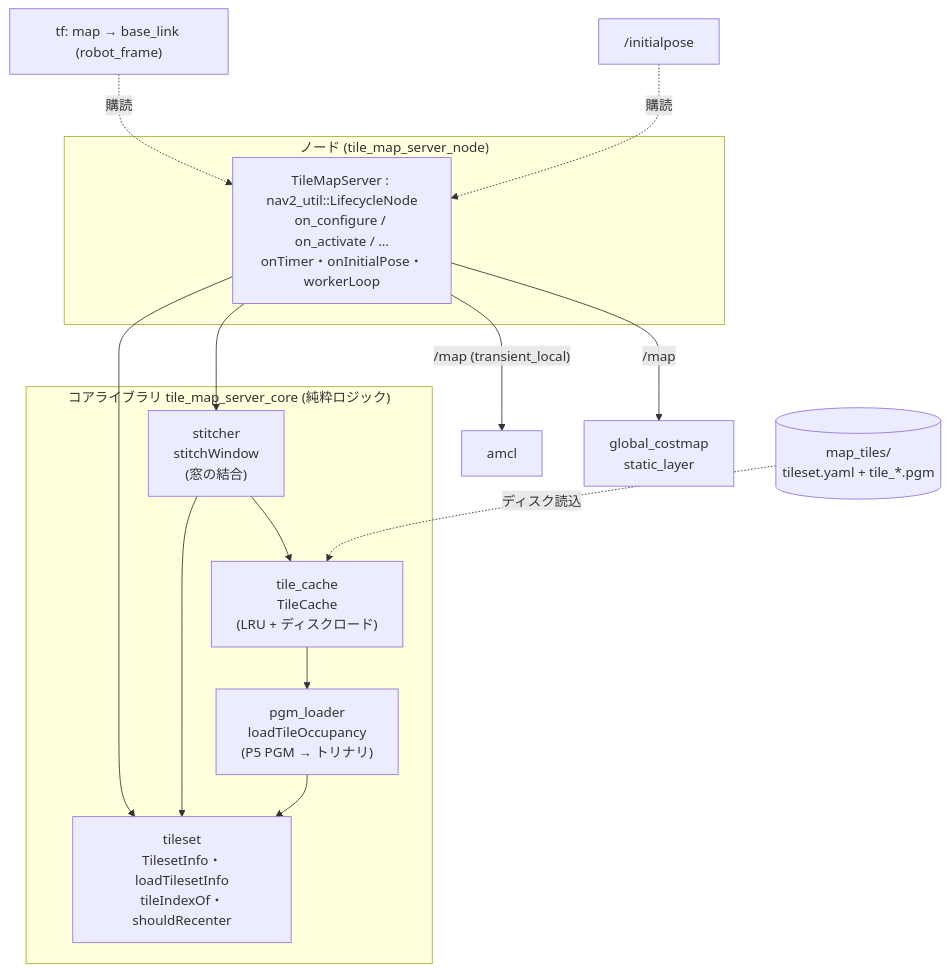
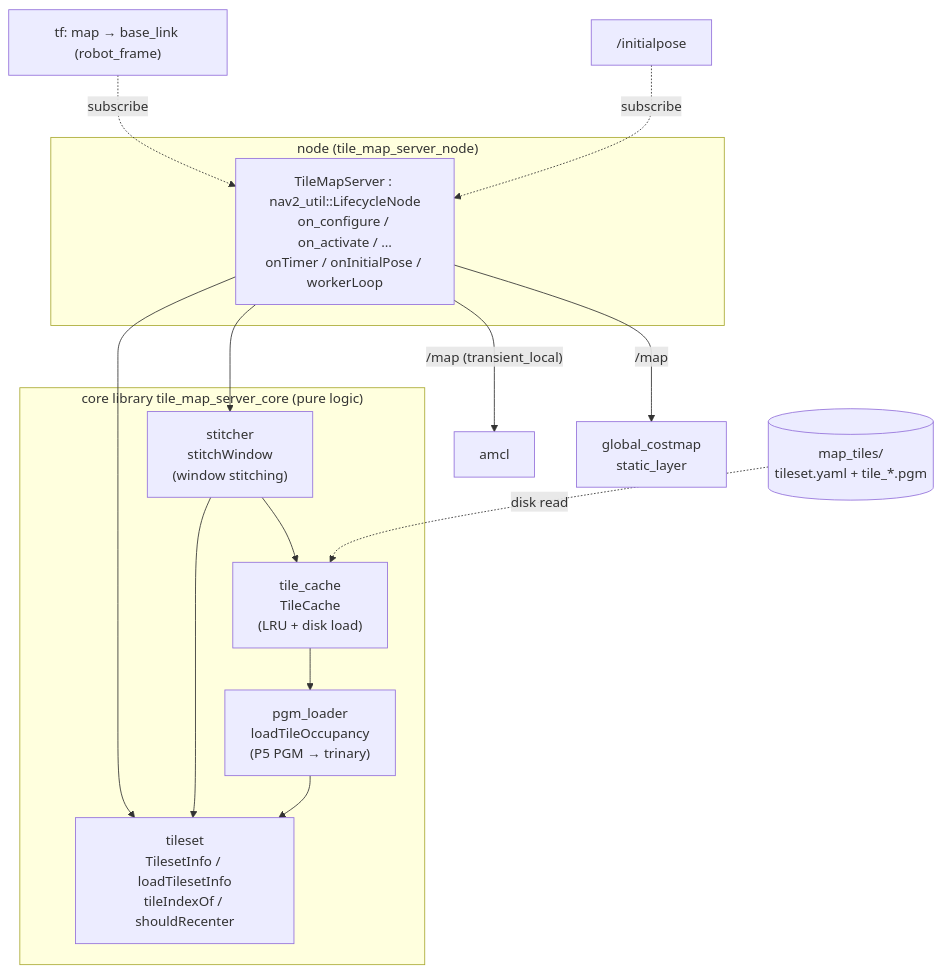
Before and after one commit to atinfinity/hierarchical_map_server: the first of 2 diagrams in tile_map_server/README.md, drawn with Mermaid. The commit also changed other lines of this file and 22 other files, not shown here.

Commit message:
docs(tile_map_server): translate docs and source comments to English, matching standalone repo

````diff
--- a/tile_map_server/README.md
+++ b/tile_map_server/README.md
@@ -30,26 +36,26 @@
 ```mermaid
 flowchart TB
-    subgraph node["ノード (tile_map_server_node)"]
-        TMS["TileMapServer : nav2_util::LifecycleNode<br/>on_configure / on_activate / …<br/>onTimer・onInitialPose・workerLoop"]
+    subgraph node["node (tile_map_server_node)"]
+        TMS["TileMapServer : nav2_util::LifecycleNode<br/>on_configure / on_activate / …<br/>onTimer / onInitialPose / workerLoop"]
     end
 
-    subgraph core["コアライブラリ tile_map_server_core (純粋ロジック)"]
-        TS["tileset<br/>TilesetInfo・loadTilesetInfo<br/>tileIndexOf・shouldRecenter"]
-        PGM["pgm_loader<br/>loadTileOccupancy<br/>(P5 PGM → トリナリ)"]
-        TC["tile_cache<br/>TileCache<br/>(LRU + ディスクロード)"]
-        ST["stitcher<br/>stitchWindow<br/>(窓の結合)"]
+    subgraph core["core library tile_map_server_core (pure logic)"]
+        TS["tileset<br/>TilesetInfo / loadTilesetInfo<br/>tileIndexOf / shouldRecenter"]
+        PGM["pgm_loader<br/>loadTileOccupancy<br/>(P5 PGM → trinary)"]
+        TC["tile_cache<br/>TileCache<br/>(LRU + disk load)"]
+        ST["stitcher<br/>stitchWindow<br/>(window stitching)"]
     end
 
     TMS --> ST
     TMS --> TS
     ST --> TC
     ST --> TS
     TC --> PGM
     PGM --> TS
 
-    tiles[("map_tiles/<br/>tileset.yaml + tile_*.pgm")] -. ディスク読込 .-> TC
-    tf["tf: map → base_link (robot_frame)"] -. 購読 .-> TMS
-    ip["/initialpose"] -. 購読 .-> TMS
+    tiles[("map_tiles/<br/>tileset.yaml + tile_*.pgm")] -. disk read .-> TC
+    tf["tf: map → base_link (robot_frame)"] -. subscribe .-> TMS
+    ip["/initialpose"] -. subscribe .-> TMS
     TMS -->|"/map (transient_local)"| amcl["amcl"]
     TMS -->|"/map"| gc["global_costmap<br/>static_layer"]
 ```
````
